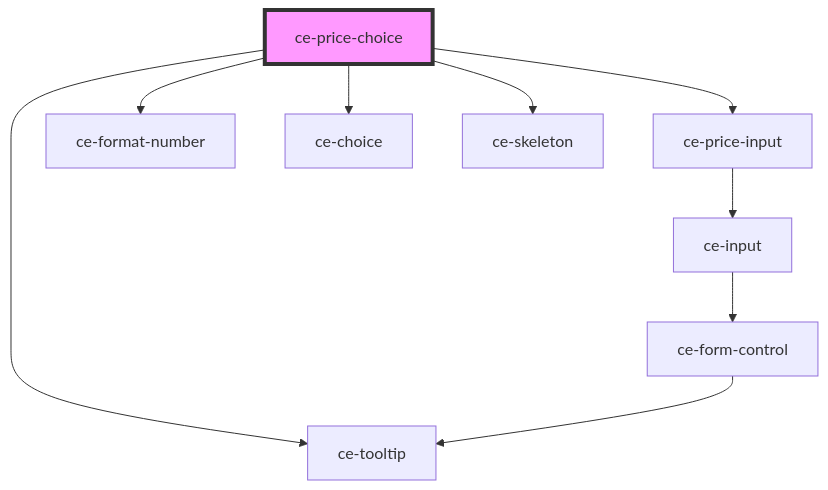
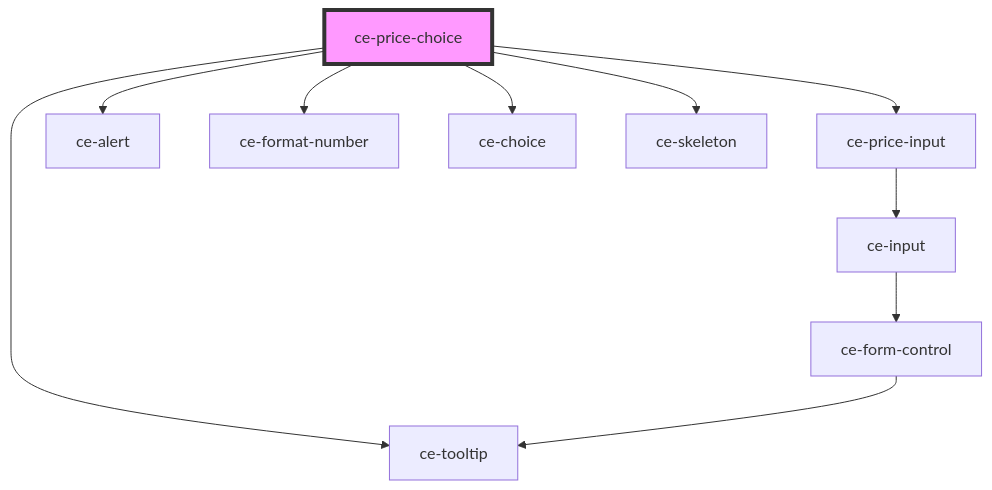
The diagram in packages/components/src/components/controllers/price-choice/readme.md (surecart/surecart-wp-plugin), drawn with Mermaid before and after one commit. The commit also changed other lines of this file and 59 other files, not shown here.

````diff
--- a/packages/components/src/components/controllers/price-choice/readme.md
+++ b/packages/components/src/components/controllers/price-choice/readme.md
@@ -49,12 +50,13 @@
 ```mermaid
 graph TD;
   ce-price-choice --> ce-price-input
+  ce-price-choice --> ce-alert
   ce-price-choice --> ce-format-number
   ce-price-choice --> ce-choice
   ce-price-choice --> ce-skeleton
   ce-price-choice --> ce-tooltip
   ce-price-input --> ce-input
   ce-input --> ce-form-control
   ce-form-control --> ce-tooltip
   style ce-price-choice fill:#f9f,stroke:#333,stroke-width:4px
 ```
````
